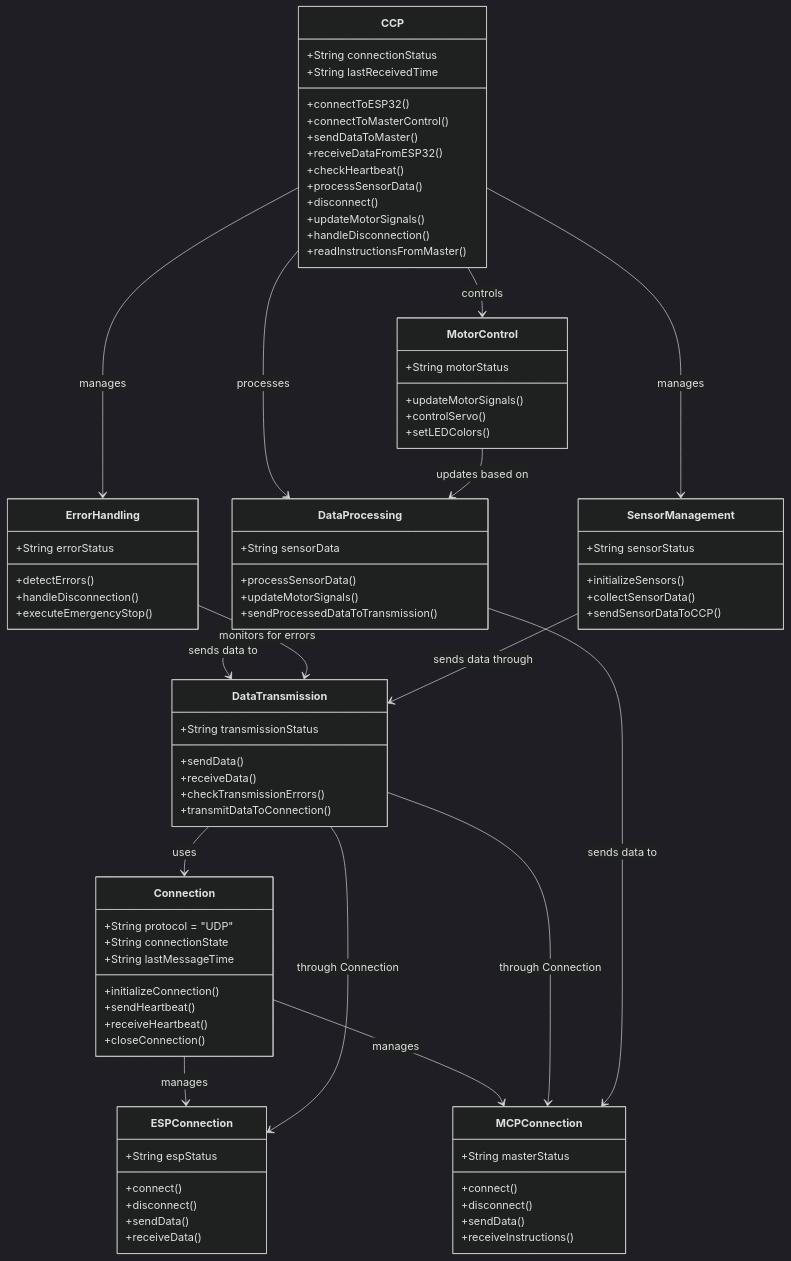
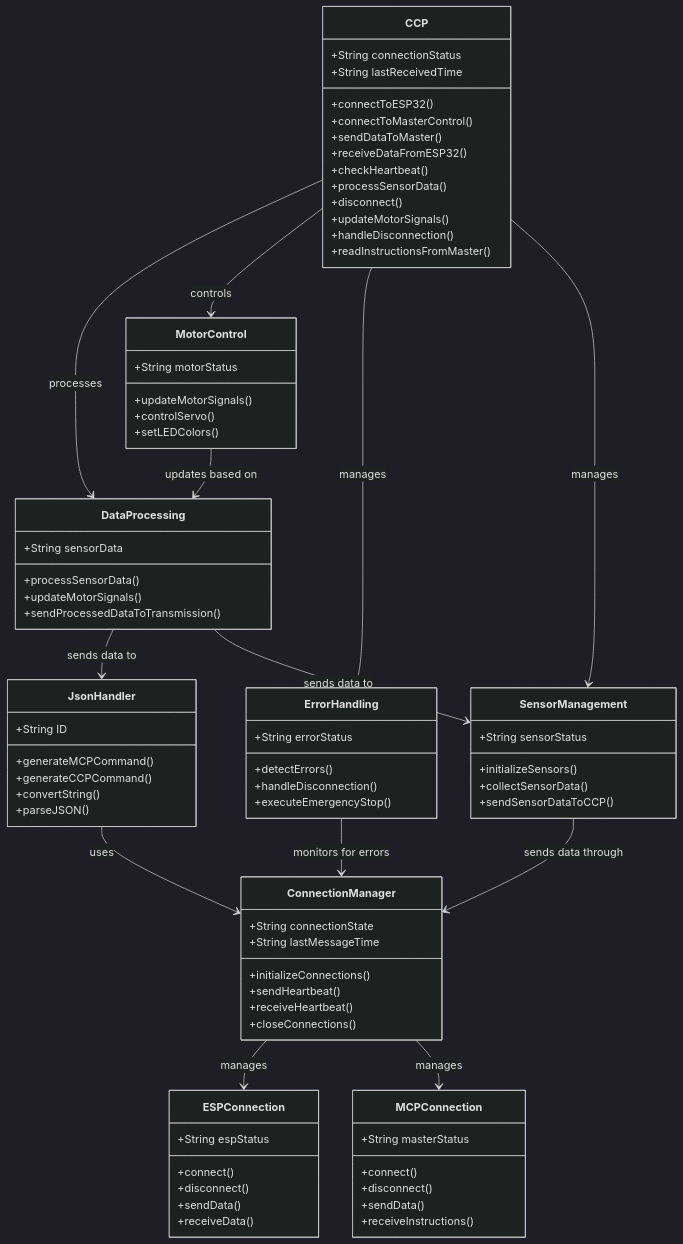
Before and after one commit to SilverPeak2299/2024COMMS5_CCP: the first of 4 diagrams in DetailedDesign.md, drawn with Mermaid (dark theme).

````diff
--- a/DetailedDesign.md
+++ b/DetailedDesign.md
@@ -21,14 +21,13 @@
     }
 
     %% Parent Connection Class
-    class Connection {
-        +String protocol = "UDP"
+    class Connection Manager {
         +String connectionState
         +String lastMessageTime
-        +initializeConnection()
+        +initializeConnections()
         +sendHeartbeat()
         +receiveHeartbeat()
-        +closeConnection()
+        +closeConnections()
     }
 
     %% ESP Connection Subclass
@@ -82,12 +81,12 @@
     }
 
     %% Data transmission and reception
-    class DataTransmission {
-        +String transmissionStatus
-        +sendData()
-        +receiveData()
-        +checkTransmissionErrors()
-        +transmitDataToConnection()
+    class Json Handler {
+        +String ID
+        +generateMCPCommand()
+	+generateCCPCommand()
+        +convertString()
+        +parseJSON()
     }
 
     %% Relationships and dependencies
@@ -95,17 +94,15 @@
     CCP --> MotorControl : controls
     CCP --> ErrorHandling : manages
     CCP --> SensorManagement : manages
-    DataProcessing --> DataTransmission : sends data to
-    DataTransmission --> Connection : uses
-    Connection --> ESPConnection : manages
-    Connection --> MCPConnection : manages
+    DataProcessing --> Json Handler : sends data to
+    Json Handler --> Connection Manager : uses
+    Connection Manager --> ESPConnection : manages
+    Connection Manager --> MCPConnection : manages
 
     %% Additional dependencies
-    DataTransmission --> ESPConnection : through Connection
-    DataTransmission --> MCPConnection : through Connection
-    DataProcessing --> MCPConnection : sends data to
+    DataProcessing --> SensorManagement : sends data to
     MotorControl --> DataProcessing : updates based on
-    ErrorHandling --> DataTransmission : monitors for errors
-    SensorManagement --> DataTransmission : sends data through
+    ErrorHandling --> Connection Manager : monitors for errors
+    SensorManagement --> Connection Manager : sends data through
 
 ```
````
